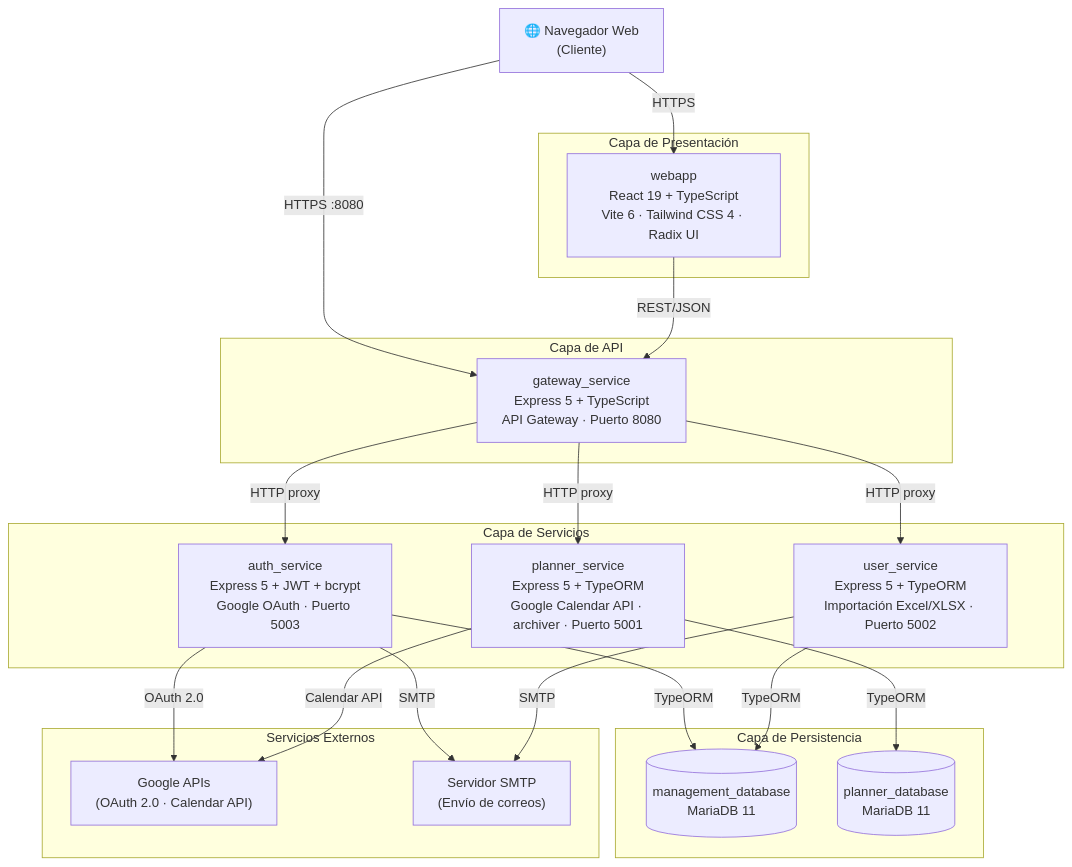
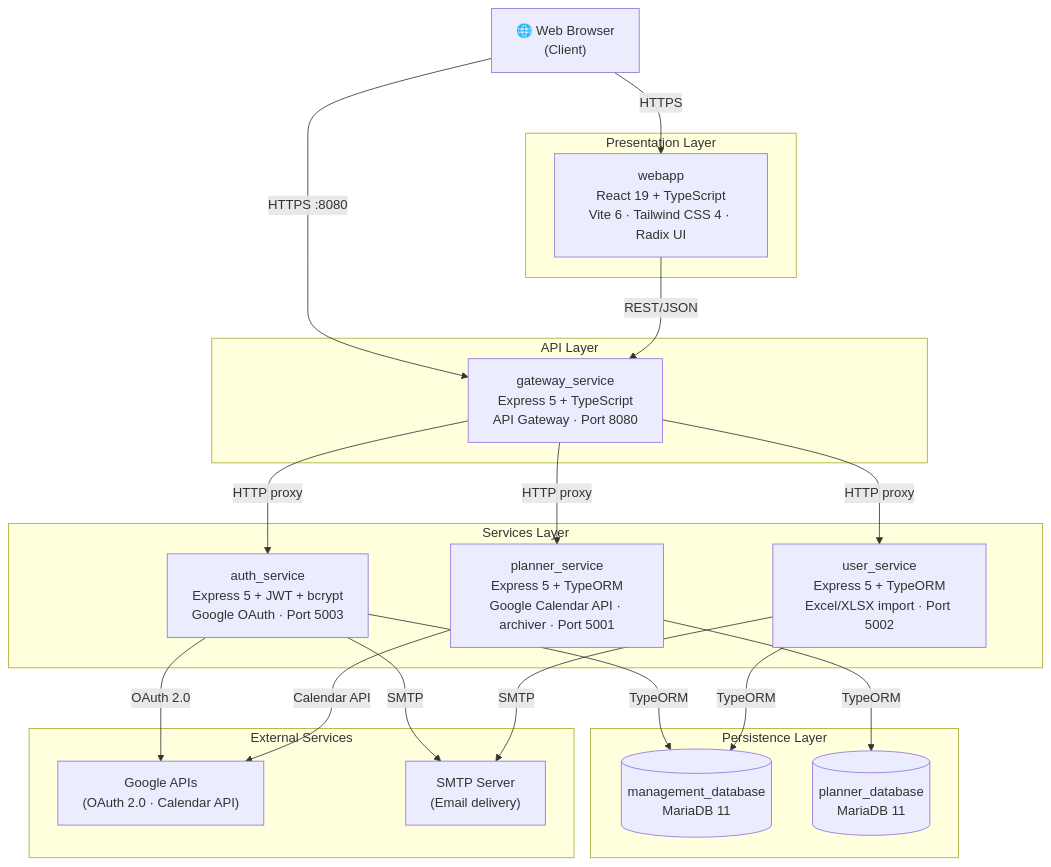
One commit to Murias10/TeachingPlanner changed the first of 10 diagrams in docs/capitulo5_diseno.md. Above: the diagram before and after it, drawn with Mermaid. The commit also changed other lines of this file and 2 other files, not shown here.

````diff
--- a/docs/capitulo5_diseno.md
+++ b/docs/capitulo5_diseno.md
@@ -34,42 +36,42 @@
 ```mermaid
 graph TD
-    Browser["🌐 Navegador Web\n(Cliente)"]
+    Browser["🌐 Web Browser\n(Client)"]
 
-    subgraph "Capa de Presentación"
+    subgraph "Presentation Layer"
         webapp["webapp\nReact 19 + TypeScript\nVite 6 · Tailwind CSS 4 · Radix UI"]
     end
 
-    subgraph "Capa de API"
-        gateway["gateway_service\nExpress 5 + TypeScript\nAPI Gateway · Puerto 8080"]
+    subgraph "API Layer"
+        gateway["gateway_service\nExpress 5 + TypeScript\nAPI Gateway · Port 8080"]
     end
 
-    subgraph "Capa de Servicios"
-        auth["auth_service\nExpress 5 + JWT + bcrypt\nGoogle OAuth · Puerto 5003"]
-        user["user_service\nExpress 5 + TypeORM\nImportación Excel/XLSX · Puerto 5002"]
-        planner["planner_service\nExpress 5 + TypeORM\nGoogle Calendar API · archiver · Puerto 5001"]
+    subgraph "Services Layer"
+        auth["auth_service\nExpress 5 + JWT + bcrypt\nGoogle OAuth · Port 5003"]
+        user["user_service\nExpress 5 + TypeORM\nExcel/XLSX import · Port 5002"]
+        planner["planner_service\nExpress 5 + TypeORM\nGoogle Calendar API · archiver · Port 5001"]
     end
 
-    subgraph "Capa de Persistencia"
+    subgraph "Persistence Layer"
         mgmt_db[("management_database\nMariaDB 11")]
         planner_db[("planner_database\nMariaDB 11")]
     end
 
-    subgraph "Servicios Externos"
+    subgraph "External Services"
         google["Google APIs\n(OAuth 2.0 · Calendar API)"]
-        smtp["Servidor SMTP\n(Envío de correos)"]
+        smtp["SMTP Server\n(Email delivery)"]
     end
 
     Browser -->|"HTTPS"| webapp
     Browser -->|"HTTPS :8080"| gateway
     webapp -->|"REST/JSON"| gateway
     gateway -->|"HTTP proxy"| auth
     gateway -->|"HTTP proxy"| user
     gateway -->|"HTTP proxy"| planner
     auth -->|"TypeORM"| mgmt_db
     user -->|"TypeORM"| mgmt_db
     planner -->|"TypeORM"| planner_db
     auth -->|"OAuth 2.0"| google
     planner -->|"Calendar API"| google
     auth -->|"SMTP"| smtp
     user -->|"SMTP"| smtp
 ```
````
